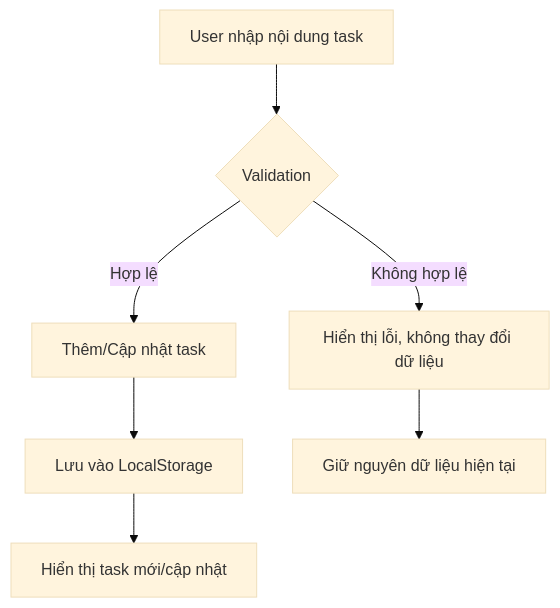
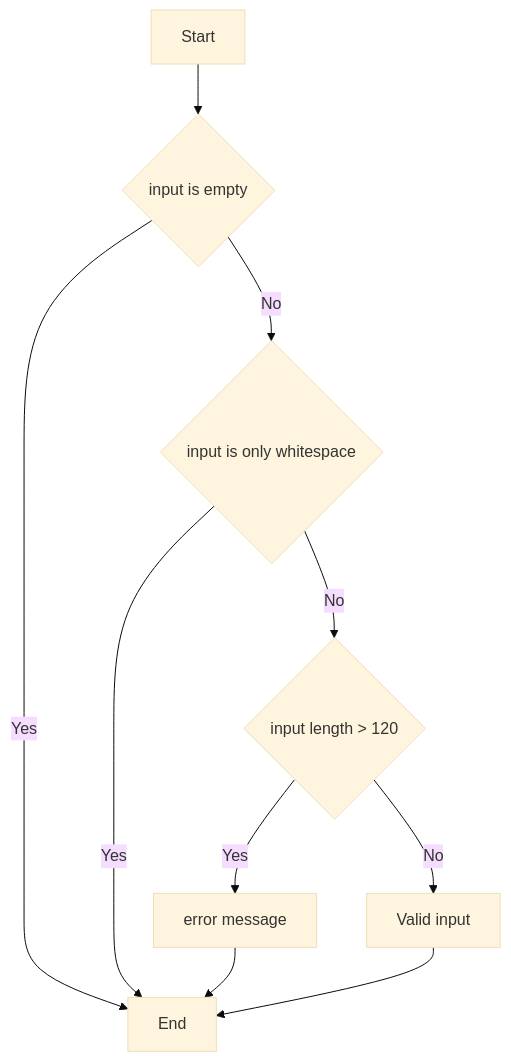
Before and after one commit to hakudang/to-do-list: the diagram in docs/design/validation_diagram_v1.0.md, drawn with Mermaid (base theme). The commit also changed other lines of this file and 3 other files, not shown here.

Commit message:
fix: Update validation messages in task input and improve test coverage

````diff
--- a/docs/design/validation_diagram_v1.0.md
+++ b/docs/design/validation_diagram_v1.0.md
@@ -159,9 +36,10 @@
 ```mermaid
 flowchart TD
-    A[User nhập nội dung task] --> B{Validation}
-    B -->|Hợp lệ| C[Thêm/Cập nhật task]
-    B -->|Không hợp lệ| D[Hiển thị lỗi, không thay đổi dữ liệu]
-    C --> E[Lưu vào LocalStorage]
-    E --> F[Hiển thị task mới/cập nhật]
-    D --> G[Giữ nguyên dữ liệu hiện tại]
+    A[Start] --> B{input is empty}
+    B -->|Yes| End
+    B -->| No| D{input is only whitespace}
+    D -->|Yes| End
+    D -->| No| F{input length > 120}
+    F -->|Yes| A1[error message] --> End
+    F -->| No| G[Valid input] --> End
 ```
````
